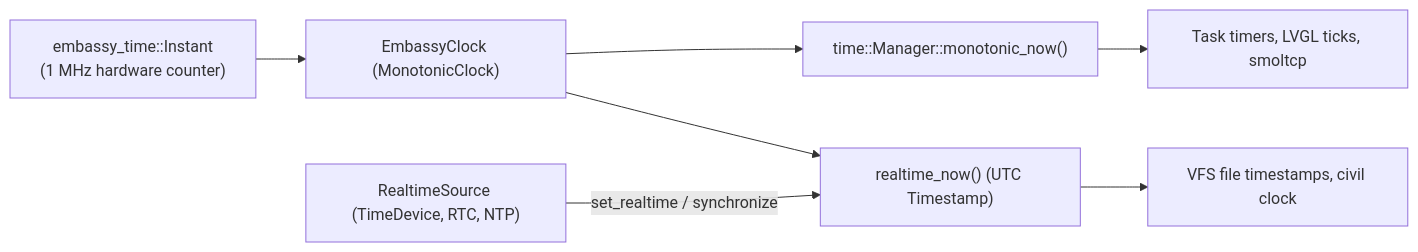
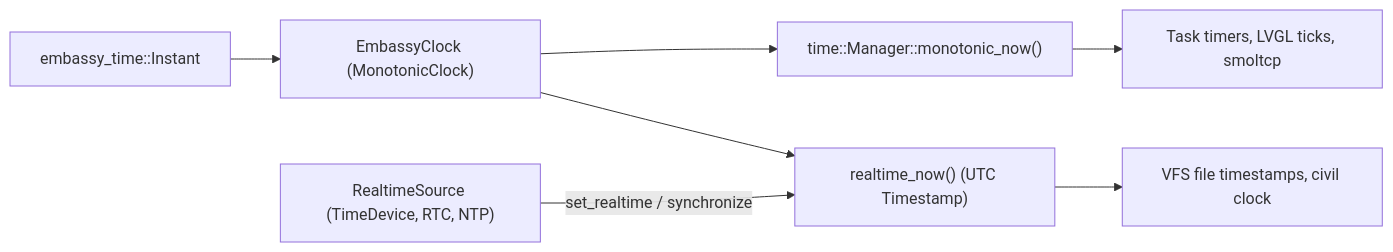
One commit to xila-project/website changed the diagram in src/content/docs/explanation/architecture/subsystems/time.mdx. Above: the diagram before and after it, drawn with Mermaid. The commit also changed other lines of this file and 1 other file, not shown here.

Commit message:
docs: correct repository graph and time tick wording

````diff
--- a/src/content/docs/explanation/architecture/subsystems/time.mdx
+++ b/src/content/docs/explanation/architecture/subsystems/time.mdx
@@ -24,9 +24,9 @@
 ```mermaid
 flowchart LR
-    Embassy["embassy_time::Instant<br/>(1 MHz hardware counter)"] --> Mono["EmbassyClock (MonotonicClock)"]
+    Embassy["embassy_time::Instant"] --> Mono["EmbassyClock (MonotonicClock)"]
     Mono --> Uptime["time::Manager::monotonic_now()"]
     Mono --> UTC["realtime_now() (UTC Timestamp)"]
     RTC["RealtimeSource (TimeDevice, RTC, NTP)"] -->|set_realtime / synchronize| UTC
     Uptime --> Timers["Task timers, LVGL ticks, smoltcp"]
     UTC --> FileTimes["VFS file timestamps, civil clock"]
 ```
````
